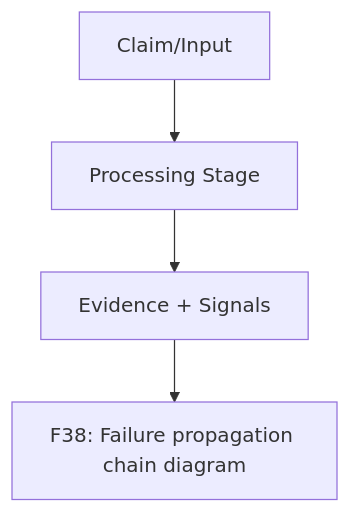
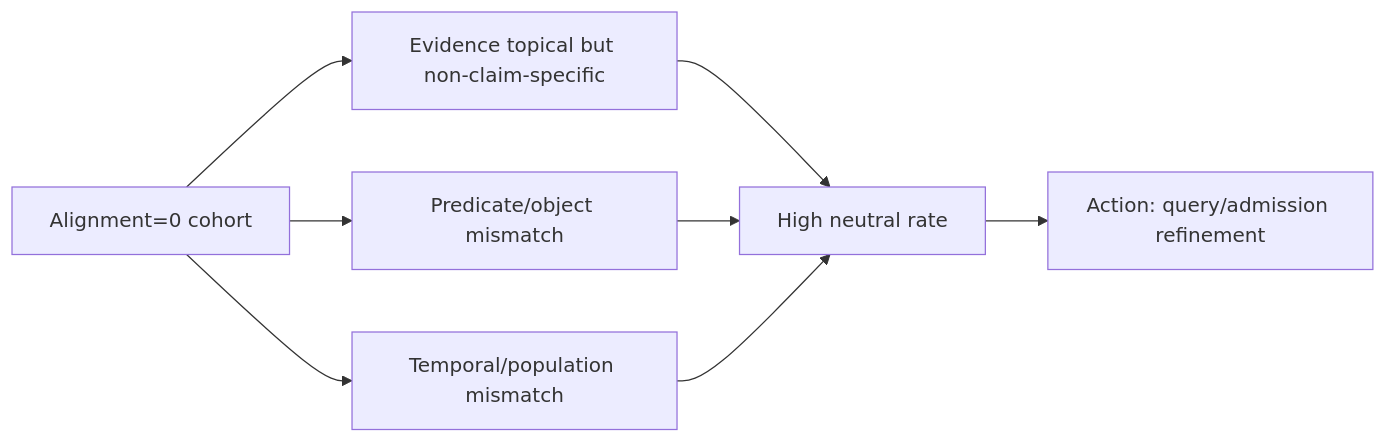
One commit to Luxia-AI/docs changed the fifth of 7 diagrams in methodology/figures/06-evaluation-and-failure-analysis-pack.md. Above: the diagram before and after it, drawn with Mermaid. The commit also changed other lines of this file and 9 other files, not shown here.

First line of the commit message:
Refactor methodology figures with updated Mermaid diagrams and enhanced clarity across multiple packs. Key changes include:

````diff
--- a/methodology/figures/06-evaluation-and-failure-analysis-pack.md
+++ b/methodology/figures/06-evaluation-and-failure-analysis-pack.md
@@ -98,6 +144,10 @@
 ```mermaid
-flowchart TD
-    A[Claim/Input] --> B[Processing Stage]
-    B --> C[Evidence + Signals]
-    C --> D[F38: Failure propagation chain diagram]
+flowchart LR
+  C[Alignment=0 cohort] --> A1[Evidence topical but non-claim-specific]
+  C --> A2[Predicate/object mismatch]
+  C --> A3[Temporal/population mismatch]
+  A1 --> R[High neutral rate]
+  A2 --> R
+  A3 --> R
+  R --> O[Action: query/admission refinement]
 ```
````
